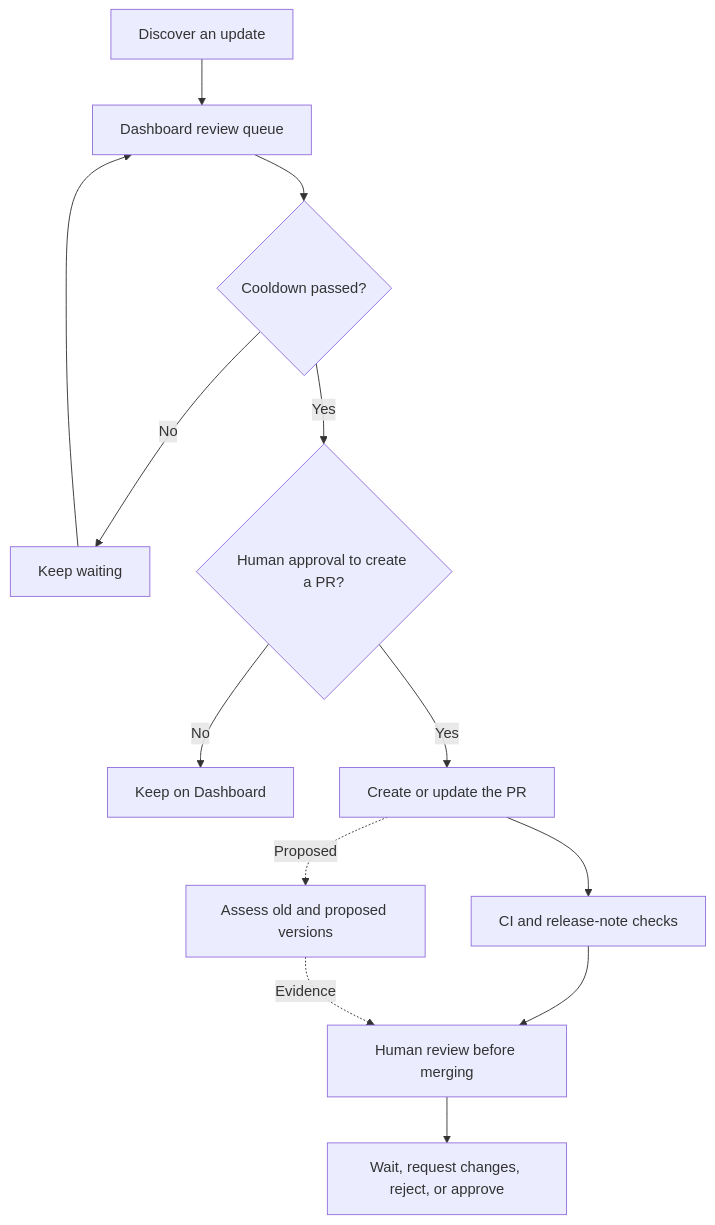
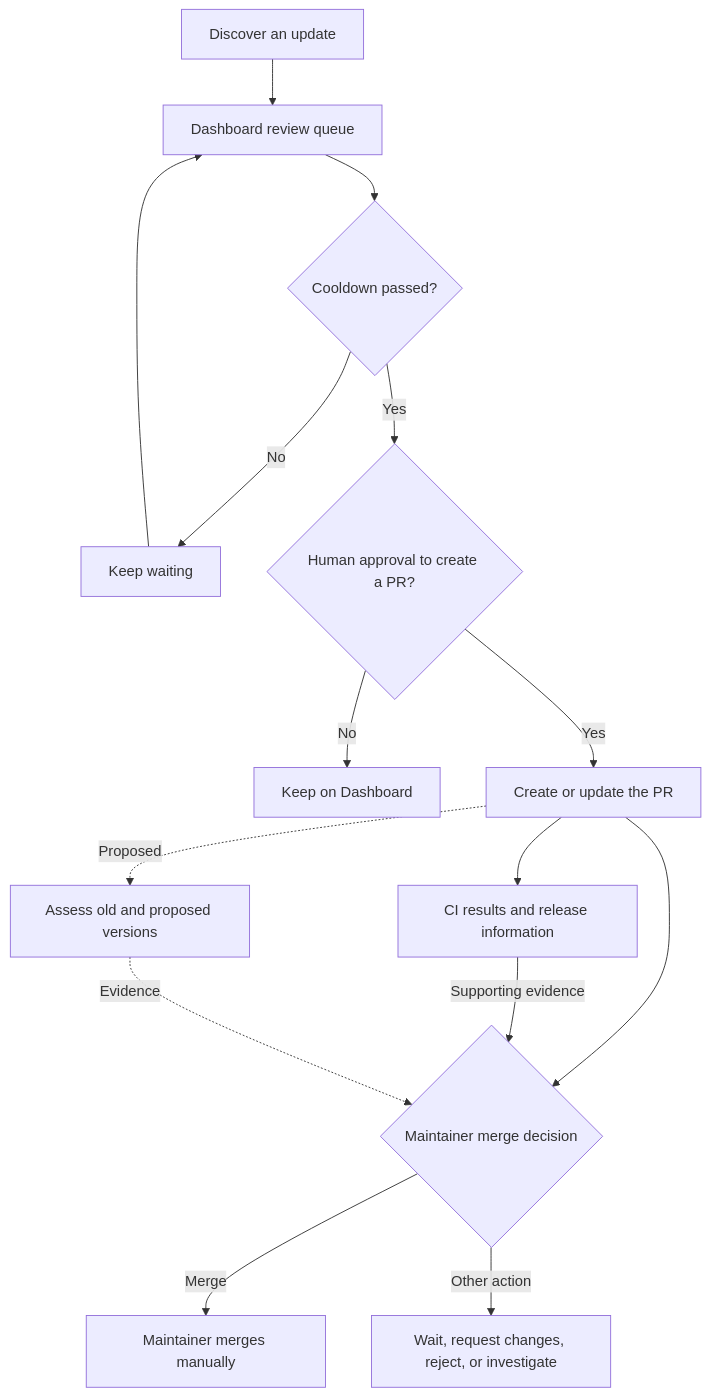
The diagram in docs/dependency-review.md (gkzz/renodash), drawn with Mermaid before and after one commit. The commit also changed other lines of this file, not shown here.

Commit message:
docs: clarify maintainer merge policy and repository controls

````diff
--- a/docs/dependency-review.md
+++ b/docs/dependency-review.md
@@ -32,15 +61,17 @@
 ```mermaid
 flowchart TD
     Discover[Discover an update] --> Dashboard[Dashboard review queue]
     Dashboard --> Age{Cooldown passed?}
     Age -->|No| Wait[Keep waiting]
     Wait --> Dashboard
     Age -->|Yes| Approval{Human approval to create a PR?}
     Approval -->|No| Hold[Keep on Dashboard]
     Approval -->|Yes| PR[Create or update the PR]
-    PR --> CI[CI and release-note checks]
+    PR --> Decision{Maintainer merge decision}
+    PR --> CI[CI results and release information]
+    CI -->|Supporting evidence| Decision
     PR -. Proposed .-> Advisory[Assess old and proposed versions]
-    CI --> Review[Human review before merging]
-    Advisory -. Evidence .-> Review
-    Review --> Decision[Wait, request changes, reject, or approve]
+    Advisory -. Evidence .-> Decision
+    Decision -->|Merge| Merge[Maintainer merges manually]
+    Decision -->|Other action| HoldPR[Wait, request changes, reject, or investigate]
 ```
````
